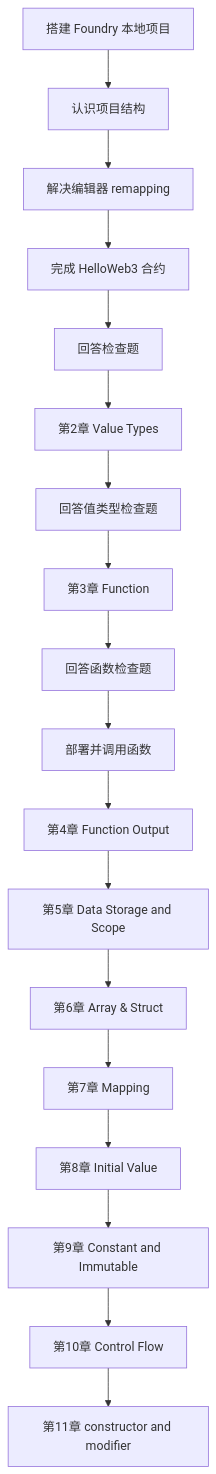
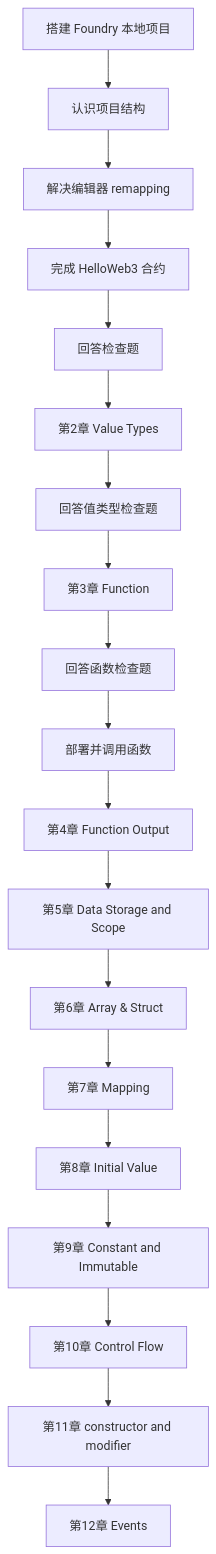
The fourth of 4 diagrams in 交接记录.md (daxiguaguagua-hash/wtf-academy-learning), drawn with Mermaid before and after one commit. The commit also changed other lines of this file and 2 other files, not shown here.

````diff
--- a/交接记录.md
+++ b/交接记录.md
@@ -177,20 +182,21 @@
 ```mermaid
 flowchart TD
 A[搭建 Foundry 本地项目] --> B[认识项目结构]
 B --> C[解决编辑器 remapping]
 C --> D[完成 HelloWeb3 合约]
 D --> E[回答检查题]
 E --> F[第2章 Value Types]
 F --> G[回答值类型检查题]
 G --> H[第3章 Function]
 H --> I[回答函数检查题]
 I --> J[部署并调用函数]
 J --> K[第4章 Function Output]
 K --> L[第5章 Data Storage and Scope]
 L --> M[第6章 Array & Struct]
 M --> N[第7章 Mapping]
 N --> O[第8章 Initial Value]
 O --> P[第9章 Constant and Immutable]
 P --> Q[第10章 Control Flow]
 Q --> R[第11章 constructor and modifier]
+R --> S[第12章 Events]
 ```
````
